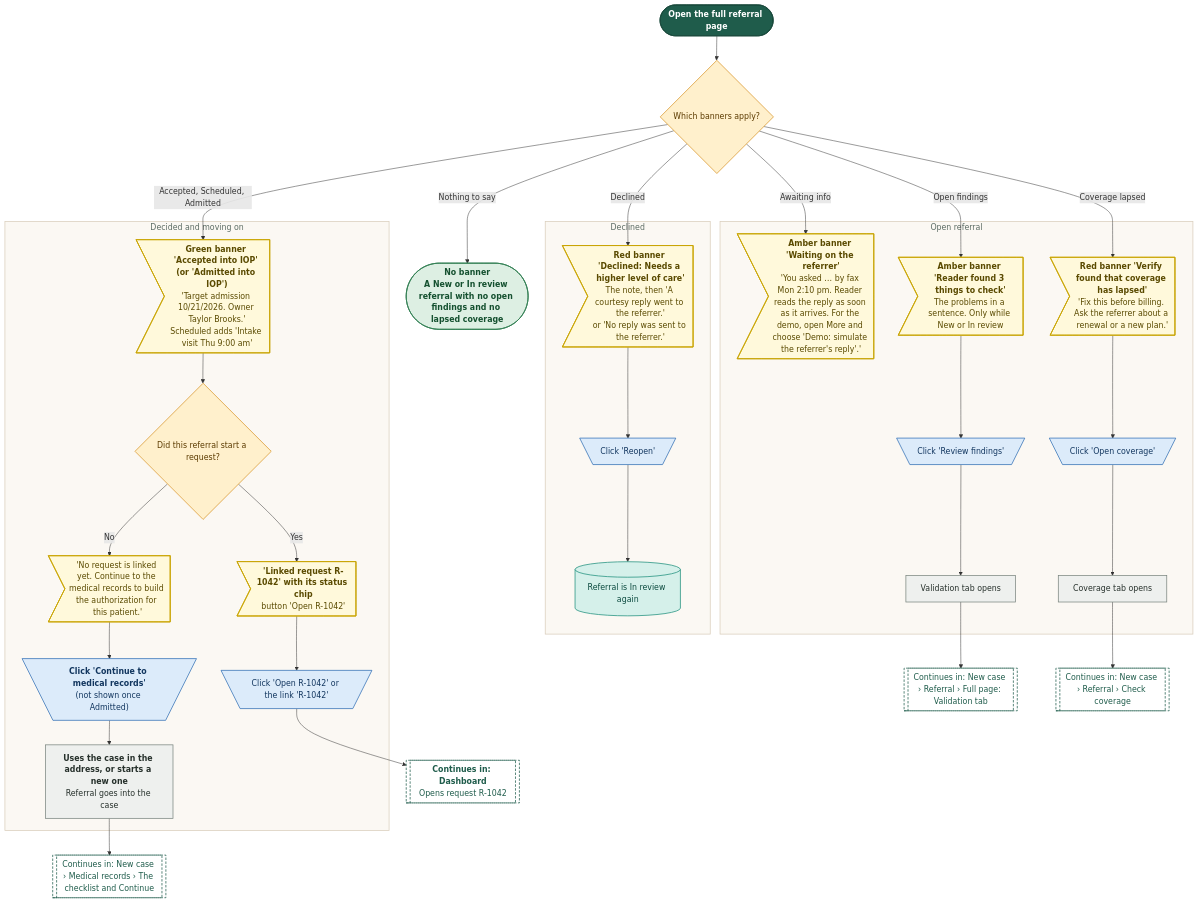
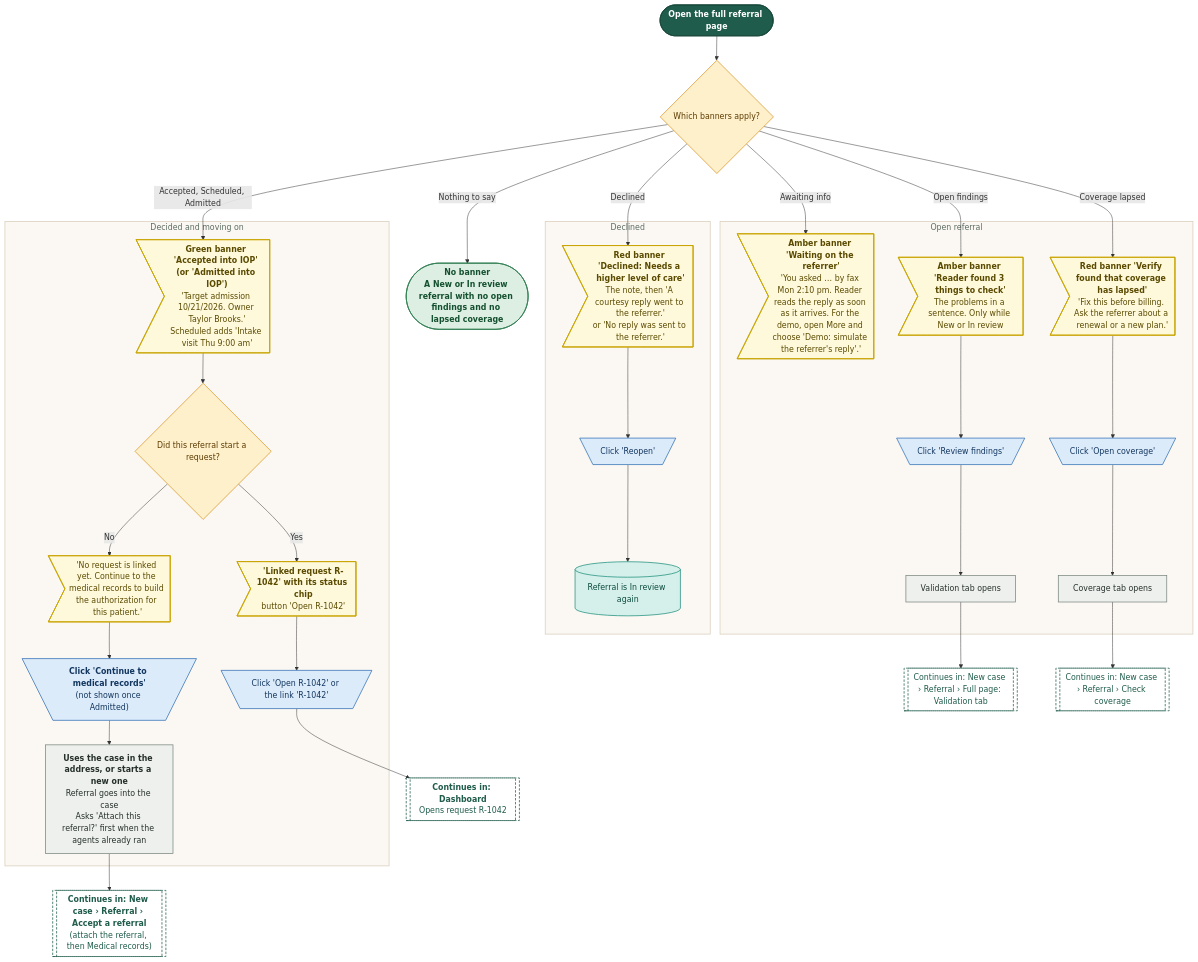
Diagram 17 of 36 in demos/prior-auth-demo/workflows/out/md/04-new-case.md (Shrav143/psyfloapp), drawn with Mermaid before and after one commit. The commit also changed other lines of this file and 195 other files, not shown here.

First line of the commit message:
docs: Rebuild workflow diagrams after the demo fixes (220 diagrams)

````diff
--- a/demos/prior-auth-demo/workflows/out/md/04-new-case.md
+++ b/demos/prior-auth-demo/workflows/out/md/04-new-case.md
@@ -1397,70 +1455,70 @@
 ```mermaid
 %%{init: {"theme":"base","themeVariables":{"fontFamily":"'DM Sans', 'Segoe UI', system-ui, sans-serif","fontSize":"15px","lineColor":"#5B6B63","primaryTextColor":"#1C2B25","clusterBkg":"#FBF8F3","clusterBorder":"#D9CDBB","edgeLabelBackground":"#FFFFFF"},"flowchart":{"curve":"basis","nodeSpacing":36,"rankSpacing":48,"padding":12,"htmlLabels":true,"useMaxWidth":false,"wrappingWidth":230}} }%%
 flowchart TD
   classDef k_start fill:#1F5C4B,stroke:#174638,color:#FFFFFF,stroke-width:1.5px,font-weight:600
   classDef k_end fill:#DDEFE3,stroke:#2E7D4F,color:#14502F,stroke-width:1.5px,font-weight:600
   classDef k_endx fill:#FBE3E0,stroke:#C0392B,color:#7A1F16,stroke-width:1.5px,font-weight:600
   classDef k_screen fill:#FFFDF8,stroke:#1F5C4B,color:#1C2B25,stroke-width:2px
   classDef k_overlay fill:#F1F7F3,stroke:#1F5C4B,color:#1C2B25,stroke-width:2px,stroke-dasharray:5 3
   classDef k_click fill:#DCEBFA,stroke:#2F6DB5,color:#12365F,stroke-width:1.5px
   classDef k_input fill:#E4E7FF,stroke:#4C5FD5,color:#1D2670,stroke-width:1.5px
   classDef k_process fill:#EEF0EE,stroke:#7A857F,color:#26302B,stroke-width:1.5px
   classDef k_agent fill:#EEE5FA,stroke:#7A4FC2,color:#341A63,stroke-width:1.5px
   classDef k_decision fill:#FFF0CC,stroke:#D9962B,color:#5C3B00,stroke-width:1.5px
   classDef k_store fill:#D5F0EA,stroke:#1C8E7B,color:#0B4A3F,stroke-width:1.5px
   classDef k_doc fill:#F6E9DC,stroke:#B07A4C,color:#4A2E14,stroke-width:1.5px
   classDef k_ext fill:#FFE6D2,stroke:#E07B39,color:#6B2F06,stroke-width:1.5px
   classDef k_wait fill:#E4E8EE,stroke:#6B7C93,color:#26303D,stroke-width:1.5px
   classDef k_toast fill:#FFF9DB,stroke:#C9A400,color:#5A4A00,stroke-width:1.5px
   classDef k_goto fill:#FFFFFF,stroke:#1F5C4B,color:#1F5C4B,stroke-width:1.5px,stroke-dasharray:5 3
   s1@{ shape: stadium, label: "Open the full referral page" }
   d1@{ shape: diam, label: "Which banners apply?" }
   subgraph gDec ["Declined"]
   t1@{ shape: odd, label: "<b>Red banner 'Declined: Needs a higher level of care'</b><br/>The note, then 'A courtesy reply went to the referrer.'<br/>or 'No reply was sent to the referrer.'" }
   c1@{ shape: trap-t, label: "Click 'Reopen'" }
   st1@{ shape: cyl, label: "Referral is In review again" }
   end
   subgraph gAcc ["Decided and moving on"]
   t2@{ shape: odd, label: "<b>Green banner 'Accepted into IOP' (or 'Admitted into IOP')</b><br/>'Target admission 10/21/2026. Owner Taylor Brooks.'<br/>Scheduled adds 'Intake visit Thu 9:00 am'" }
   d2@{ shape: diam, label: "Did this referral start a request?" }
   t3@{ shape: odd, label: "<b>'Linked request R-1042' with its status chip</b><br/>button 'Open R-1042'" }
   c2@{ shape: trap-t, label: "Click 'Open R-1042' or the link 'R-1042'" }
   t4@{ shape: odd, label: "'No request is linked yet. Continue to the medical records to build the authorization for this patient.'" }
   c3@{ shape: trap-t, label: "<b>Click 'Continue to medical records'</b><br/>(not shown once Admitted)" }
-  p1@{ shape: rect, label: "<b>Uses the case in the address, or starts a new one</b><br/>Referral goes into the case" }
+  p1@{ shape: rect, label: "<b>Uses the case in the address, or starts a new one</b><br/>Referral goes into the case<br/>Asks 'Attach this referral?' first when the agents already ran" }
   end
   subgraph gOpen ["Open referral"]
   t5@{ shape: odd, label: "<b>Amber banner 'Waiting on the referrer'</b><br/>'You asked … by fax Mon 2:10 pm. Reader reads the reply as soon as it arrives. For the demo, open More and choose 'Demo: simulate the referrer's reply'.'" }
   t6@{ shape: odd, label: "<b>Amber banner 'Reader found 3 things to check'</b><br/>The problems in a sentence. Only while New or In review" }
   c4@{ shape: trap-t, label: "Click 'Review findings'" }
   p2@{ shape: rect, label: "Validation tab opens" }
   t7@{ shape: odd, label: "<b>Red banner 'Verify found that coverage has lapsed'</b><br/>'Fix this before billing. Ask the referrer about a renewal or a new plan.'" }
   c5@{ shape: trap-t, label: "Click 'Open coverage'" }
   p3@{ shape: rect, label: "Coverage tab opens" }
   end
   g1@{ shape: subproc, label: "Continues in: New case › Referral › Full page: Validation tab" }
   g2@{ shape: subproc, label: "Continues in: New case › Referral › Check coverage" }
-  g3@{ shape: subproc, label: "Continues in: New case › Medical records › The checklist and Continue" }
+  g3@{ shape: subproc, label: "<b>Continues in: New case › Referral › Accept a referral</b><br/>(attach the referral, then Medical records)" }
   g4@{ shape: subproc, label: "<b>Continues in: Dashboard</b><br/>Opens request R-1042" }
   e1@{ shape: stadium, label: "<b>No banner</b><br/>A New or In review referral with no open findings and no lapsed coverage" }
   s1 --> d1
   d1 -->|"Declined"| t1 --> c1 --> st1
   d1 -->|"Accepted, Scheduled, Admitted"| t2 --> d2
   d2 -->|"Yes"| t3 --> c2 --> g4
   d2 -->|"No"| t4 --> c3 --> p1 --> g3
   d1 -->|"Awaiting info"| t5
   d1 -->|"Open findings"| t6 --> c4 --> p2 --> g1
   d1 -->|"Coverage lapsed"| t7 --> c5 --> p3 --> g2
   d1 -->|"Nothing to say"| e1
   class s1 k_start
   class d1,d2 k_decision
   class t1,t2,t3,t4,t5,t6,t7 k_toast
   class c1,c2,c3,c4,c5 k_click
   class st1 k_store
   class p1,p2,p3 k_process
   class g1,g2,g3,g4 k_goto
   class e1 k_end
   style gDec fill:#FBF8F3,stroke:#D9CDBB,stroke-width:1.5px,color:#5B6B63
   style gAcc fill:#FBF8F3,stroke:#D9CDBB,stroke-width:1.5px,color:#5B6B63
   style gOpen fill:#FBF8F3,stroke:#D9CDBB,stroke-width:1.5px,color:#5B6B63
 ```
````
